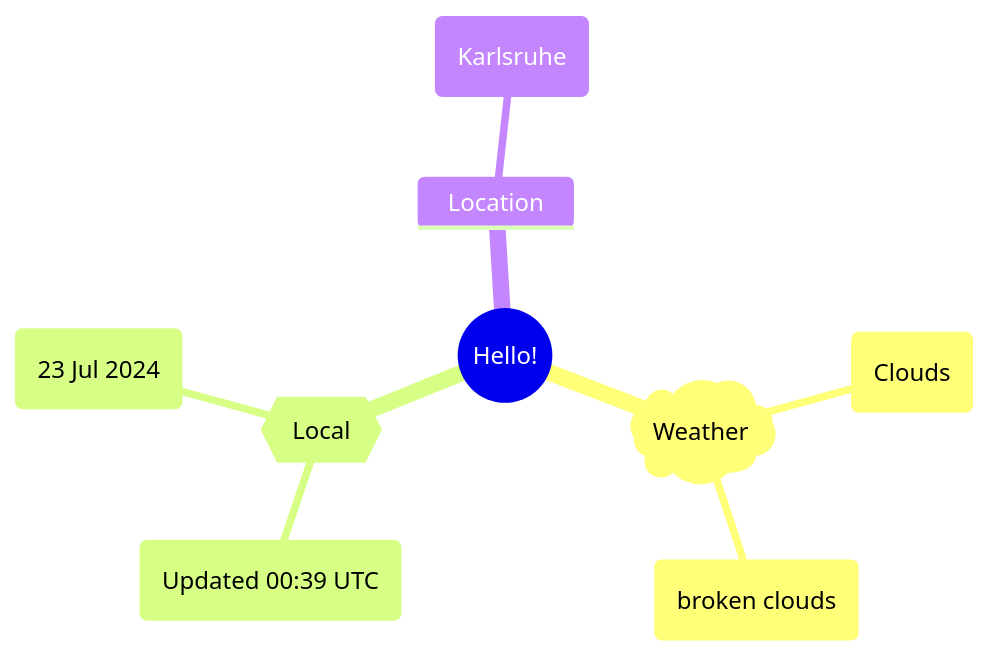
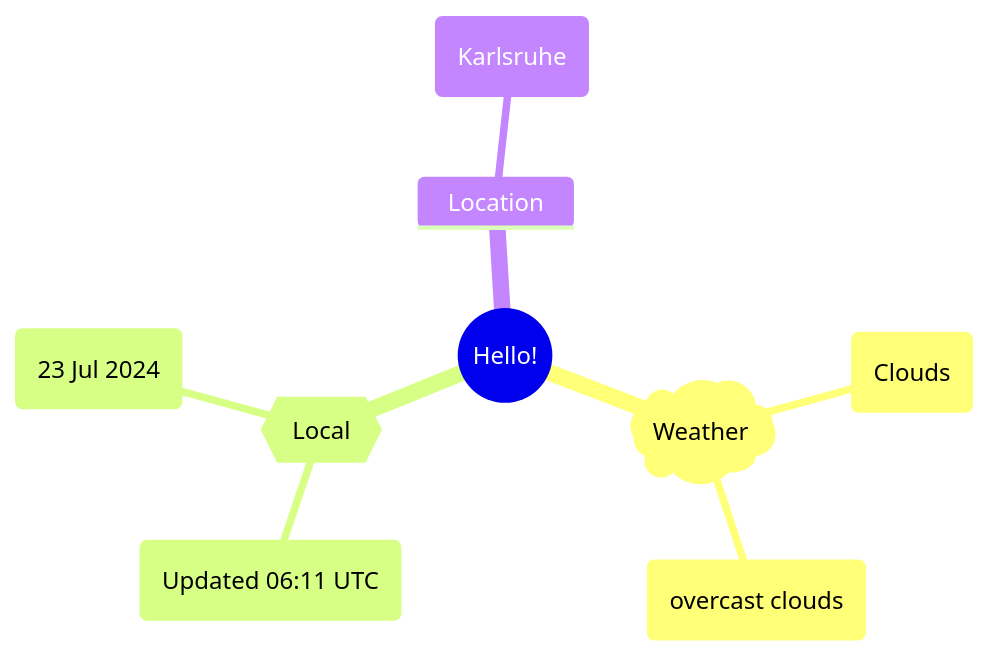
The first of 2 diagrams in README.md (Xosrov/Xosrov), drawn with Mermaid before and after one commit.

Commit message:
[bot] updated images

````diff
--- a/README.md
+++ b/README.md
@@ -3,12 +3,12 @@
 ```mermaid
 mindmap
   root((Hello!))
     )Weather(
         (Clouds)
-        (broken clouds)
+        (overcast clouds)
     {{Local}}
-        (Updated 00:39 UTC)
+        (Updated 06:11 UTC)
         (23 Jul 2024)
     Location
         (Karlsruhe)
 ```
````
